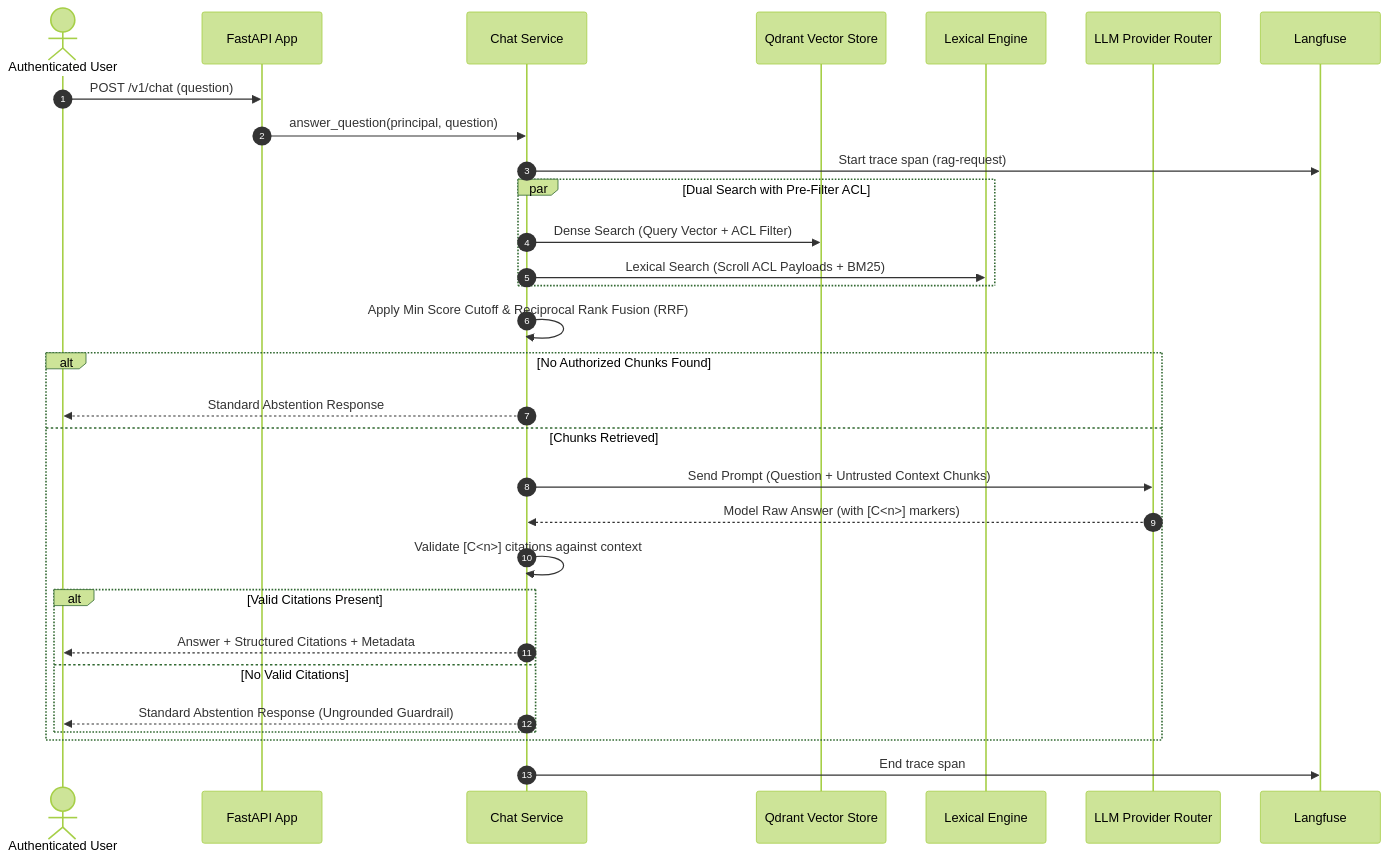
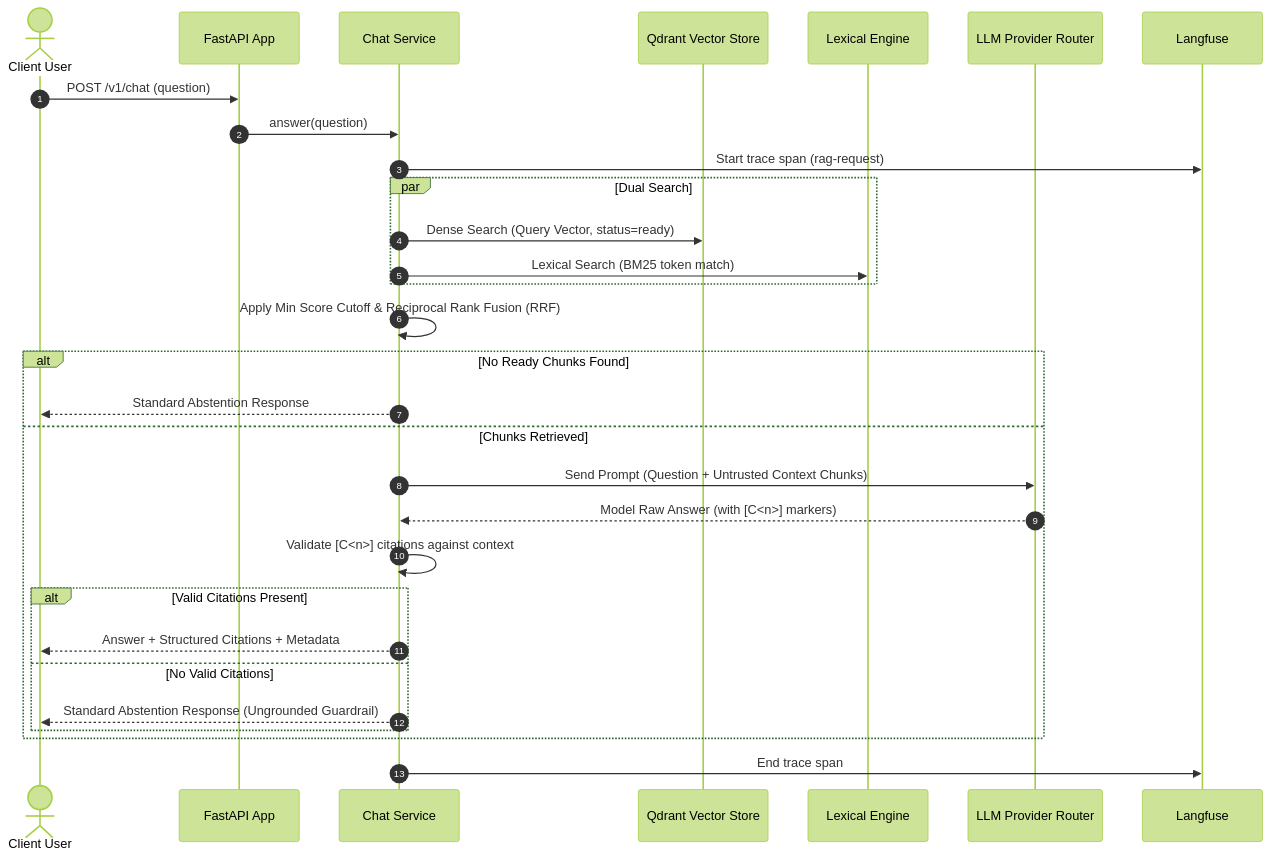
One commit to tunganhnguyen0210/Company-knowledge-RAG changed the third of 3 diagrams in ARCHITECTURE.md. Above: the diagram before and after it, drawn with Mermaid (forest theme). The commit also changed other lines of this file and 5 other files, not shown here.

Commit message:
docs: update system architecture documentation for single-user open workspace and flat src layout

````diff
--- a/ARCHITECTURE.md
+++ b/ARCHITECTURE.md
@@ -135,36 +127,36 @@
 ```mermaid
 sequenceDiagram
     autonumber
-    actor User as Authenticated User
+    actor User as Client User
     participant API as FastAPI App
     participant Chat as Chat Service
     participant Qdrant as Qdrant Vector Store
     participant BM25 as Lexical Engine
     participant LLM as LLM Provider Router
     participant Tracing as Langfuse
 
     User->>API: POST /v1/chat (question)
-    API->>Chat: answer_question(principal, question)
+    API->>Chat: answer(question)
     Chat->>Tracing: Start trace span (rag-request)
     
-    par Dual Search with Pre-Filter ACL
-        Chat->>Qdrant: Dense Search (Query Vector + ACL Filter)
-        Chat->>BM25: Lexical Search (Scroll ACL Payloads + BM25)
+    par Dual Search
+        Chat->>Qdrant: Dense Search (Query Vector, status=ready)
+        Chat->>BM25: Lexical Search (BM25 token match)
     end
 
     Chat->>Chat: Apply Min Score Cutoff & Reciprocal Rank Fusion (RRF)
     
-    alt No Authorized Chunks Found
+    alt No Ready Chunks Found
         Chat-->>User: Standard Abstention Response
     else Chunks Retrieved
         Chat->>LLM: Send Prompt (Question + Untrusted Context Chunks)
         LLM-->>Chat: Model Raw Answer (with [C<n>] markers)
         Chat->>Chat: Validate [C<n>] citations against context
         alt Valid Citations Present
             Chat-->>User: Answer + Structured Citations + Metadata
         else No Valid Citations
             Chat-->>User: Standard Abstention Response (Ungrounded Guardrail)
         end
     end
     Chat->>Tracing: End trace span
 ```
````
